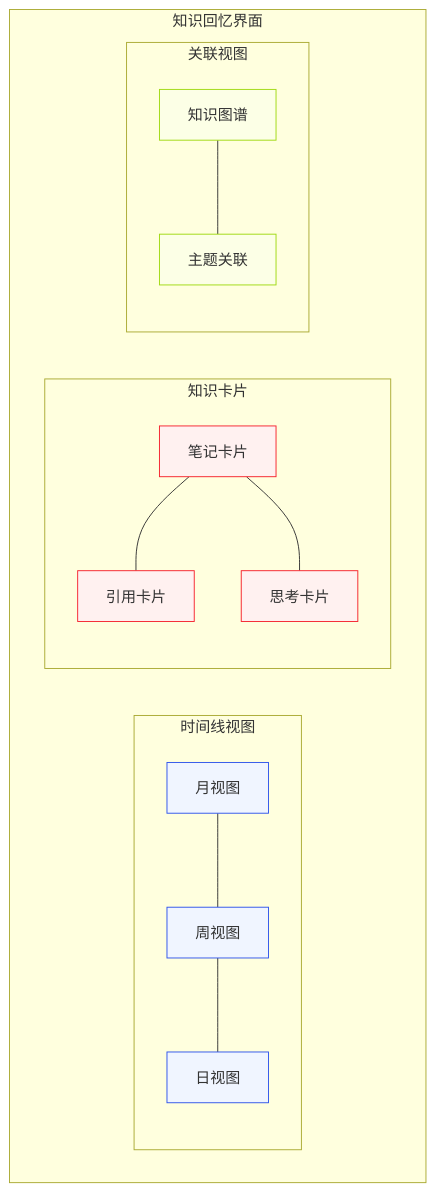
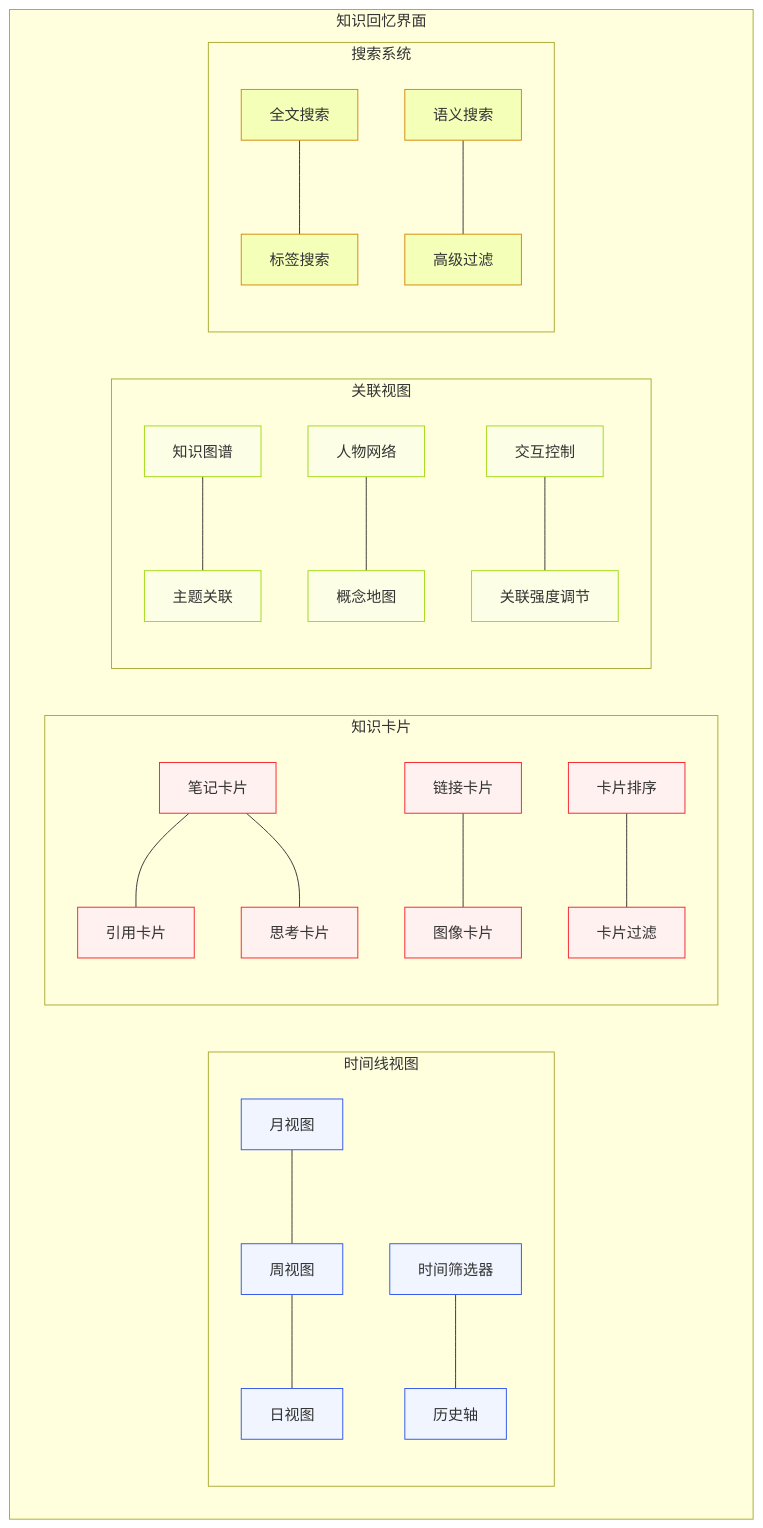
Diagram 17 of 19 in MyStartups/NextBook/README.md (EnigmaWU/MyLLM_Arena), drawn with Mermaid before and after one commit. The commit also changed other lines of this file, not shown here.

````diff
--- a/MyStartups/NextBook/README.md
+++ b/MyStartups/NextBook/README.md
@@ -625,27 +846,39 @@
 ```mermaid
 graph TD
     subgraph "知识回忆界面"
         direction LR
         
         subgraph "时间线视图"
             T1[月视图] --- T2[周视图] --- T3[日视图]
+            T4[时间筛选器] --- T5[历史轴]
         end
         
         subgraph "知识卡片"
             K1[笔记卡片] --- K2[引用卡片]
             K1 --- K3[思考卡片]
+            K4[链接卡片] --- K5[图像卡片]
+            K6[卡片排序] --- K7[卡片过滤]
         end
         
         subgraph "关联视图"
             C1[知识图谱] --- C2[主题关联]
+            C3[人物网络] --- C4[概念地图]
+            C5[交互控制] --- C6[关联强度调节]
+        end
+        
+        subgraph "搜索系统"
+            S1[全文搜索] --- S2[标签搜索]
+            S3[语义搜索] --- S4[高级过滤]
         end
     end
     
     classDef timeline fill:#f0f5ff,stroke:#2f54eb
     classDef cards fill:#fff1f0,stroke:#f5222d
     classDef connections fill:#fcffe6,stroke:#a0d911
+    classDef search fill:#f4ffb8,stroke:#d48806
     
-    class T1,T2,T3 timeline
-    class K1,K2,K3 cards
-    class C1,C2 connections
+    class T1,T2,T3,T4,T5 timeline
+    class K1,K2,K3,K4,K5,K6,K7 cards
+    class C1,C2,C3,C4,C5,C6 connections
+    class S1,S2,S3,S4 search
 ```
````
